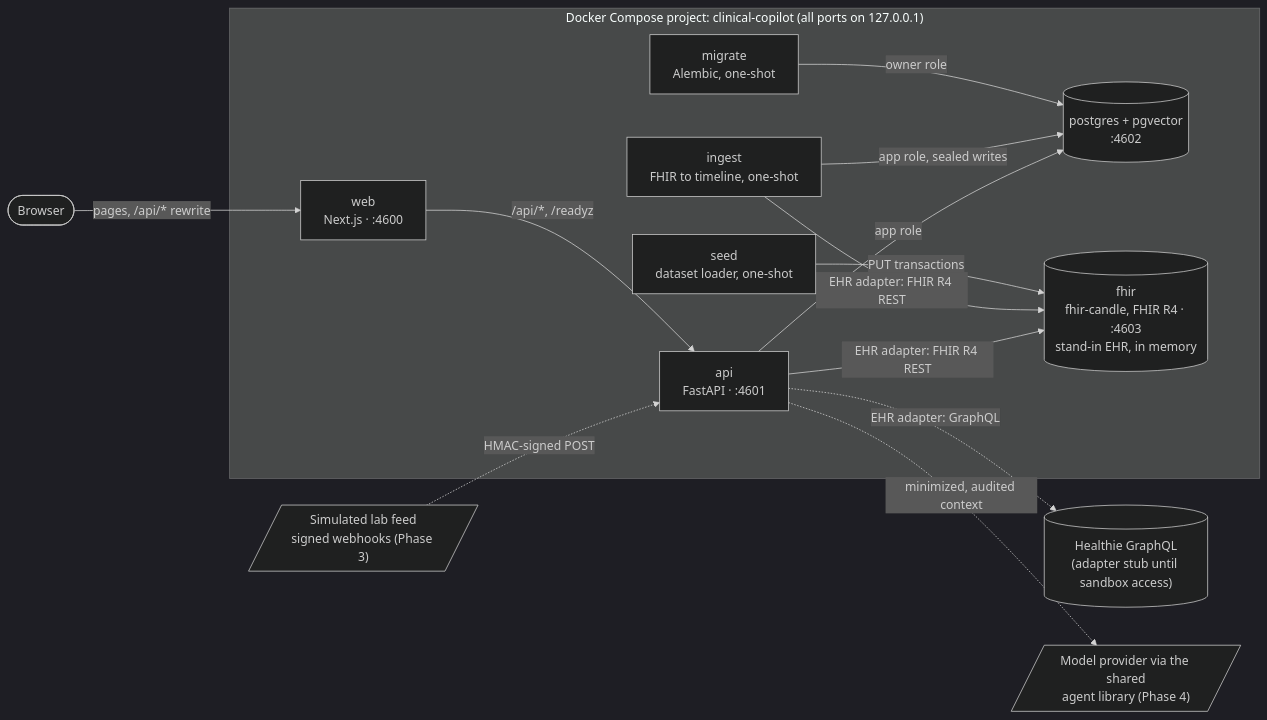
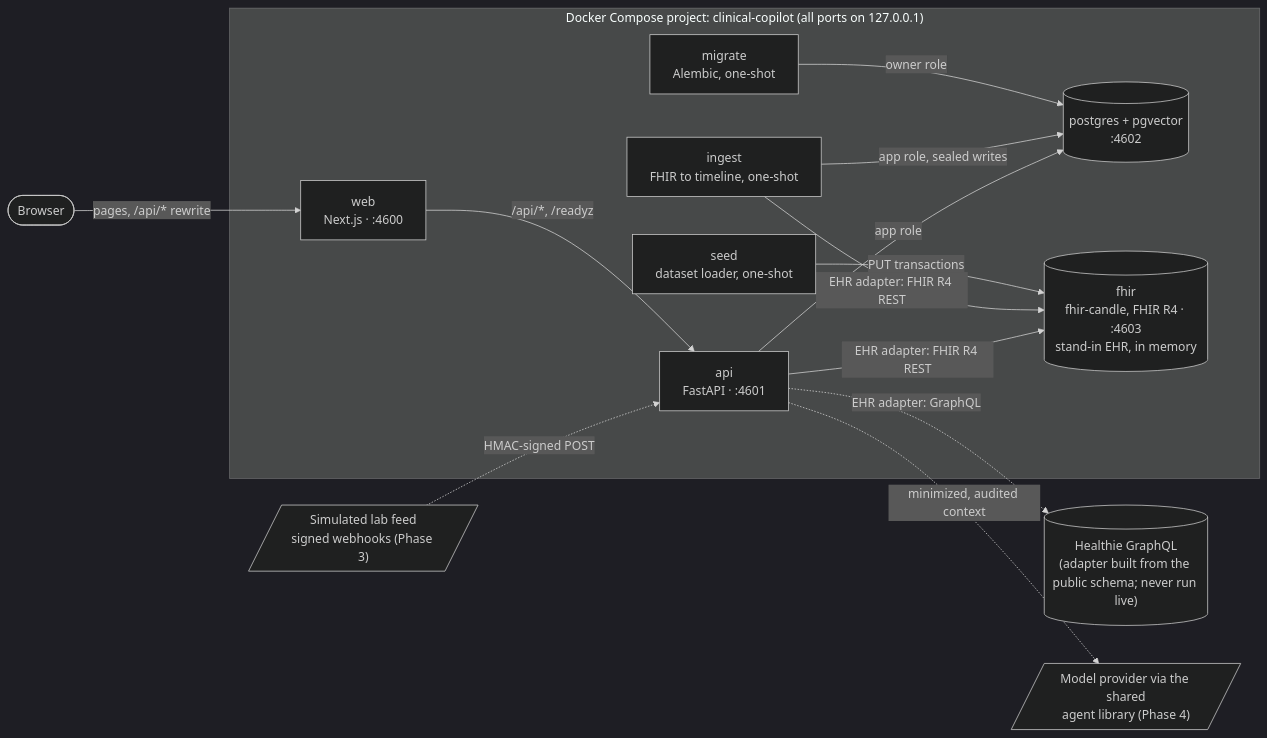
One commit to AOX-LLC/clinical-copilot changed the first of 3 diagrams in docs/architecture.md. Above: the diagram before and after it, drawn with Mermaid (dark theme). The commit also changed other lines of this file and 6 other files, not shown here.

Commit message:
Record the practice data, source deletion, patient matching and Healthie adapter decisions

````diff
--- a/docs/architecture.md
+++ b/docs/architecture.md
@@ -9,28 +9,28 @@
 ```mermaid
 flowchart LR
     browser([Browser])
     subgraph stack["Docker Compose project: clinical-copilot (all ports on 127.0.0.1)"]
         web["web<br/>Next.js · :4600"]
         api["api<br/>FastAPI · :4601"]
         migrate["migrate<br/>Alembic, one-shot"]
         seed["seed<br/>dataset loader, one-shot"]
         ingest["ingest<br/>FHIR to timeline, one-shot"]
         db[("postgres + pgvector<br/>:4602")]
         fhir[("fhir<br/>fhir-candle, FHIR R4 · :4603<br/>stand-in EHR, in memory")]
     end
-    healthie[("Healthie GraphQL<br/>(adapter stub until sandbox access)")]
+    healthie[("Healthie GraphQL<br/>(adapter built from the public schema; never run live)")]
     labs[/"Simulated lab feed<br/>signed webhooks (Phase 3)"/]
     model[/"Model provider via the shared<br/>agent library (Phase 4)"/]
 
     browser -->|"pages, /api/* rewrite"| web
     web -->|"/api/*, /readyz"| api
     migrate -->|"owner role"| db
     seed -->|"PUT transactions"| fhir
     ingest -->|"EHR adapter: FHIR R4 REST"| fhir
     ingest -->|"app role, sealed writes"| db
     api -->|"app role"| db
     api -->|"EHR adapter: FHIR R4 REST"| fhir
     api -.->|"EHR adapter: GraphQL"| healthie
     labs -.->|"HMAC-signed POST"| api
     api -.->|"minimized, audited context"| model
 ```
````
